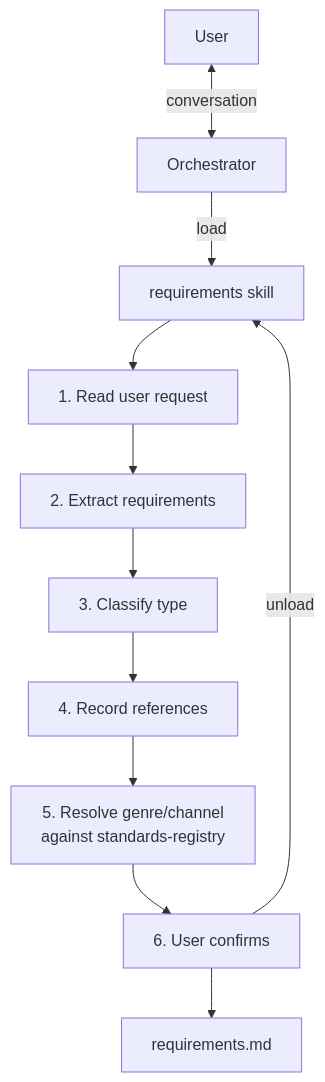
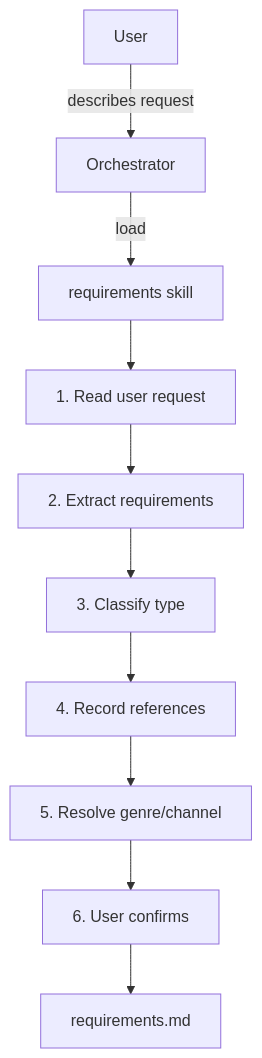
The second of 8 diagrams in docs/planning/orchestration-flow.md (Jyoti-Ranjan-Das845/writing-suite), drawn with Mermaid before and after one commit. The commit also changed other lines of this file and 2 other files, not shown here.

First line of the commit message:
docs: fix Mermaid diagrams for GitHub rendering

````diff
--- a/docs/planning/orchestration-flow.md
+++ b/docs/planning/orchestration-flow.md
@@ -31,13 +30,12 @@
 ```mermaid
 flowchart TD
-    U[User] <-->|conversation| O[Orchestrator]
+    U[User] -->|describes request| O[Orchestrator]
     O -->|load| SK[requirements skill]
     SK --> S1[1. Read user request]
     S1 --> S2[2. Extract requirements]
     S2 --> S3[3. Classify type]
     S3 --> S4[4. Record references]
-    S4 --> S5[5. Resolve genre/channel\nagainst standards-registry]
+    S4 --> S5[5. Resolve genre/channel]
     S5 --> S6[6. User confirms]
     S6 --> OUT[requirements.md]
-    S6 -->|unload| SK
 ```
````
